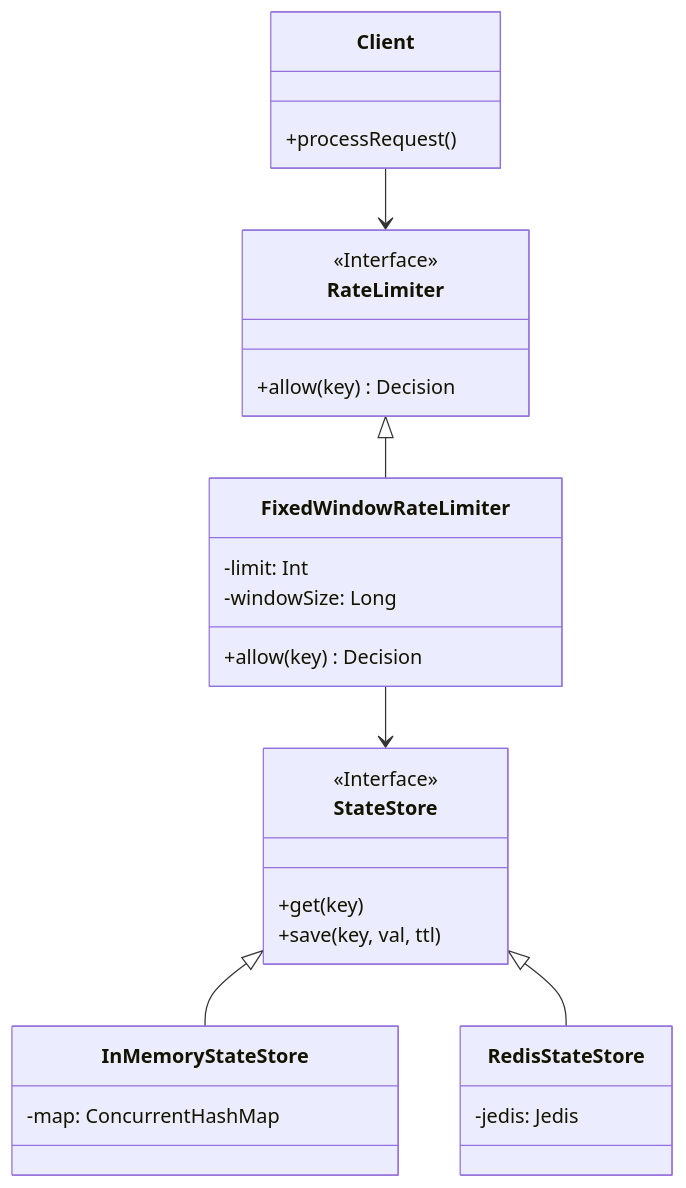
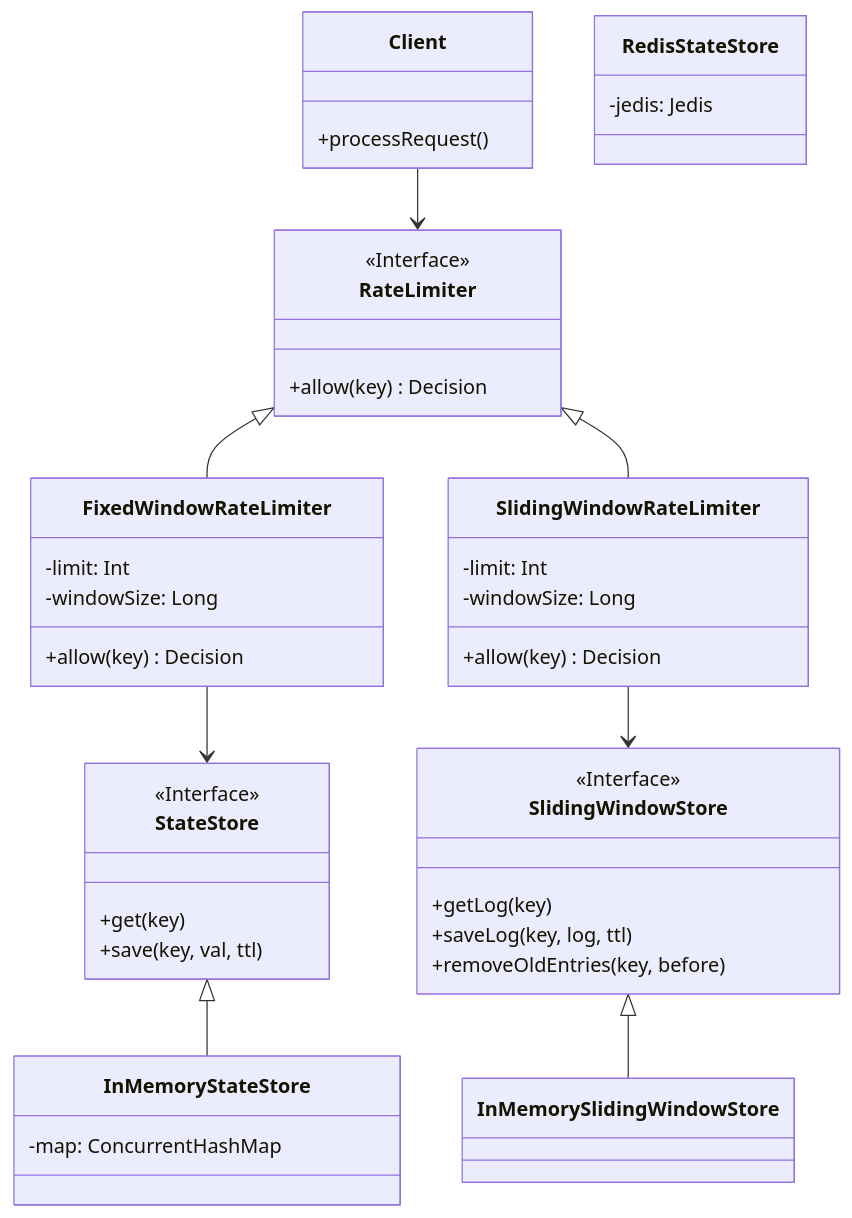
The diagram in infra/rate_limiter/docs/ARCHITECTURE.md (SomanathKambar/SystemDesign), drawn with Mermaid before and after one commit. The commit also changed 16 other files, not shown here.

Commit message:
feat(rate-limiter): add sliding window strategy and multi-strategy UI support

````diff
--- a/infra/rate_limiter/docs/ARCHITECTURE.md
+++ b/infra/rate_limiter/docs/ARCHITECTURE.md
@@ -42,32 +42,45 @@
 ```mermaid
 classDiagram
     class Client {
         +processRequest()
     }
     class RateLimiter {
         <<Interface>>
         +allow(key) Decision
     }
     class FixedWindowRateLimiter {
         -limit: Int
         -windowSize: Long
         +allow(key) Decision
     }
+    class SlidingWindowRateLimiter {
+        -limit: Int
+        -windowSize: Long
+        +allow(key) Decision
+    }
     class StateStore {
         <<Interface>>
         +get(key)
         +save(key, val, ttl)
+    }
+    class SlidingWindowStore {
+        <<Interface>>
+        +getLog(key)
+        +saveLog(key, log, ttl)
+        +removeOldEntries(key, before)
     }
     class InMemoryStateStore {
         -map: ConcurrentHashMap
     }
     class RedisStateStore {
         -jedis: Jedis
     }
 
     Client --> RateLimiter
     RateLimiter <|-- FixedWindowRateLimiter
+    RateLimiter <|-- SlidingWindowRateLimiter
     FixedWindowRateLimiter --> StateStore
+    SlidingWindowRateLimiter --> SlidingWindowStore
     StateStore <|-- InMemoryStateStore
-    StateStore <|-- RedisStateStore
+    SlidingWindowStore <|-- InMemorySlidingWindowStore
 ```
````
